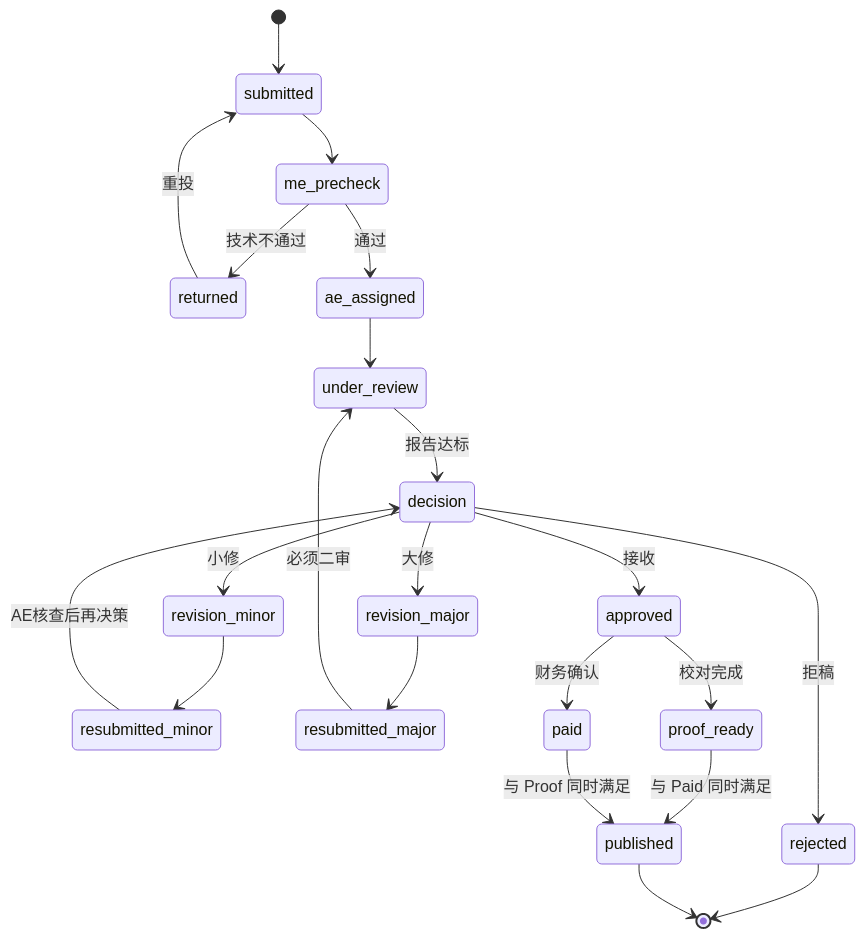
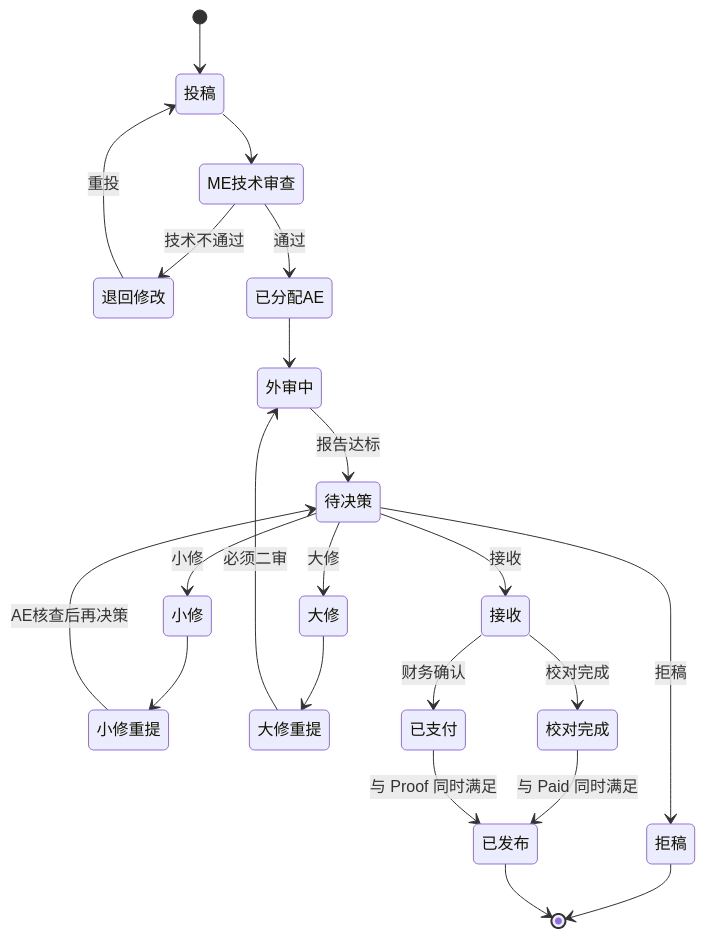
The diagram in docs/state_manuscript_v3.mmd (LouisLau-art/scholar-flow), drawn with Mermaid before and after one commit. The commit also changed 5 other files, not shown here.

Commit message:
docs: fix state diagram readability and svg text rendering

```diff
--- a/docs/state_manuscript_v3.mmd
+++ b/docs/state_manuscript_v3.mmd
@@ -1,28 +1,44 @@
 stateDiagram-v2
+    state "投稿" as submitted
+    state "ME技术审查" as me_precheck
+    state "退回修改" as returned
+    state "已分配AE" as ae_assigned
+    state "外审中" as under_review
+    state "待决策" as decision
+    state "小修" as revision_minor
+    state "大修" as revision_major
+    state "小修重提" as resubmitted_minor
+    state "大修重提" as resubmitted_major
+    state "接收" as approved
+    state "拒稿" as rejected
+    state "校对完成" as proof_ready
+    state "已支付" as paid
+    state "已发布" as published
+
     [*] --> submitted
     submitted --> me_precheck
     me_precheck --> returned: 技术不通过
     returned --> submitted: 重投
 
     me_precheck --> ae_assigned: 通过
     ae_assigned --> under_review
     under_review --> decision: 报告达标
 
     decision --> revision_minor: 小修
     revision_minor --> resubmitted_minor
     resubmitted_minor --> decision: AE核查后再决策
 
     decision --> revision_major: 大修
     revision_major --> resubmitted_major
     resubmitted_major --> under_review: 必须二审
 
     decision --> approved: 接收
     decision --> rejected: 拒稿
 
     approved --> proof_ready: 校对完成
     approved --> paid: 财务确认
     proof_ready --> published: 与 Paid 同时满足
     paid --> published: 与 Proof 同时满足
 
     rejected --> [*]
     published --> [*]
```
